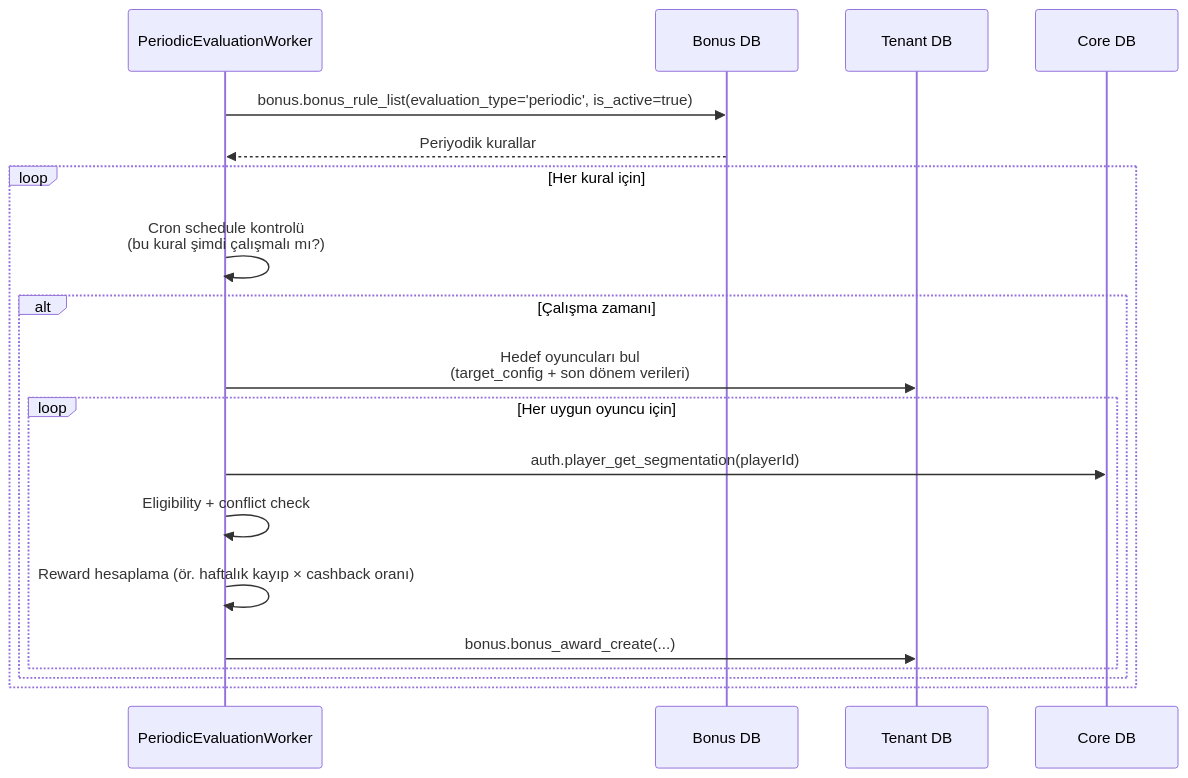
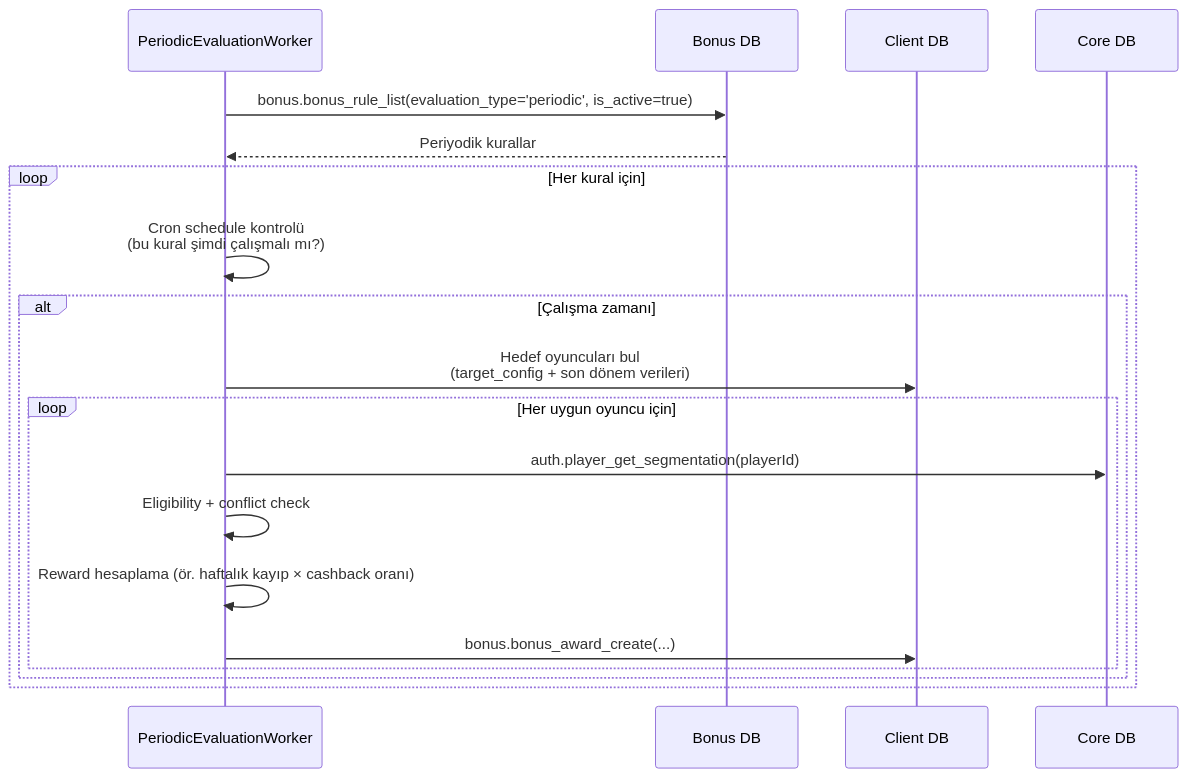
The fourth of 5 diagrams in .docs/guides/BONUS_WORKER_BACKEND.md (frhtshn/One.DB), drawn with Mermaid before and after one commit. The commit also changed other lines of this file and 442 other files, not shown here.

First line of the commit message:
Nucleo → Sortis One ve tenant → client içerik güncellemeleri

````diff
--- a/.docs/guides/BONUS_WORKER_BACKEND.md
+++ b/.docs/guides/BONUS_WORKER_BACKEND.md
@@ -399,25 +399,25 @@
 ```mermaid
 sequenceDiagram
     participant CJ as PeriodicEvaluationWorker
     participant BDB as Bonus DB
-    participant TDB as Tenant DB
+    participant TDB as Client DB
     participant CDB as Core DB
 
     CJ->>BDB: bonus.bonus_rule_list(evaluation_type='periodic', is_active=true)
     BDB-->>CJ: Periyodik kurallar
 
     loop Her kural için
         CJ->>CJ: Cron schedule kontrolü<br/>(bu kural şimdi çalışmalı mı?)
 
         alt Çalışma zamanı
             CJ->>TDB: Hedef oyuncuları bul<br/>(target_config + son dönem verileri)
 
             loop Her uygun oyuncu için
                 CJ->>CDB: auth.player_get_segmentation(playerId)
                 CJ->>CJ: Eligibility + conflict check
                 CJ->>CJ: Reward hesaplama (ör. haftalık kayıp × cashback oranı)
                 CJ->>TDB: bonus.bonus_award_create(...)
             end
         end
     end
 ```
````
